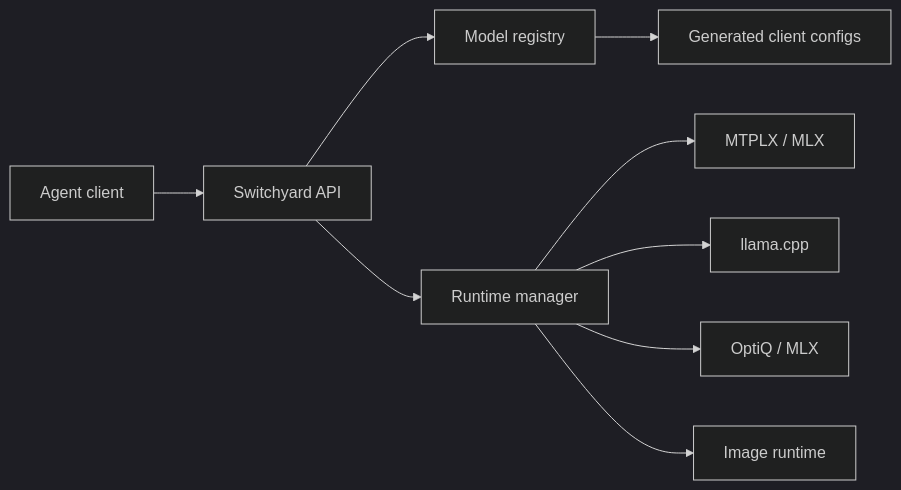
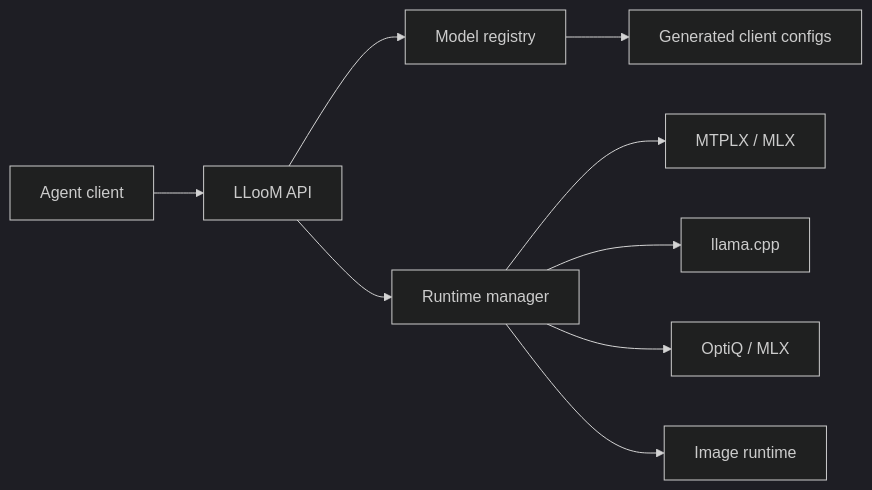
Before and after one commit to Enntity/lloom: the diagram in README.md, drawn with Mermaid (dark theme). The commit also changed other lines of this file and 43 other files, not shown here.

````diff
--- a/README.md
+++ b/README.md
@@ -192,11 +192,11 @@
 ```mermaid
 flowchart LR
-  Client["Agent client"] --> API["Switchyard API"]
+  Client["Agent client"] --> API["LLooM API"]
   API --> Registry["Model registry"]
   API --> Runtime["Runtime manager"]
   Runtime --> MTPLX["MTPLX / MLX"]
   Runtime --> LCPP["llama.cpp"]
   Runtime --> OptiQ["OptiQ / MLX"]
   Runtime --> Image["Image runtime"]
   Registry --> Clients["Generated client configs"]
 ```
````
